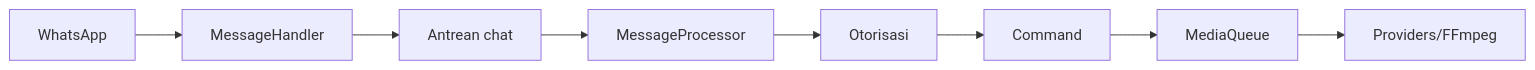
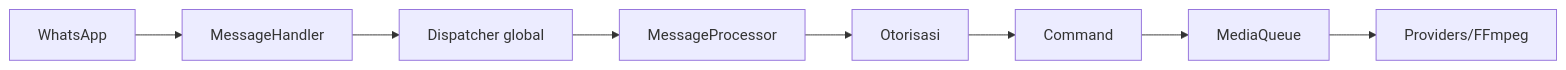
The diagram in docs/id/architecture.md (hiudyy/misa), drawn with Mermaid before and after one commit. The commit also changed other lines of this file and 72 other files, not shown here.

````diff
--- a/docs/id/architecture.md
+++ b/docs/id/architecture.md
@@ -6,10 +6,10 @@
 ```mermaid
 flowchart LR
   WA[WhatsApp] --> MH[MessageHandler]
-  MH --> CQ[Antrean chat]
+  MH --> CQ[Dispatcher global]
   CQ --> MP[MessageProcessor]
   MP --> AUTH[Otorisasi]
   AUTH --> CMD[Command]
   CMD --> MQ[MediaQueue]
   MQ --> P[Providers/FFmpeg]
 ```
````
